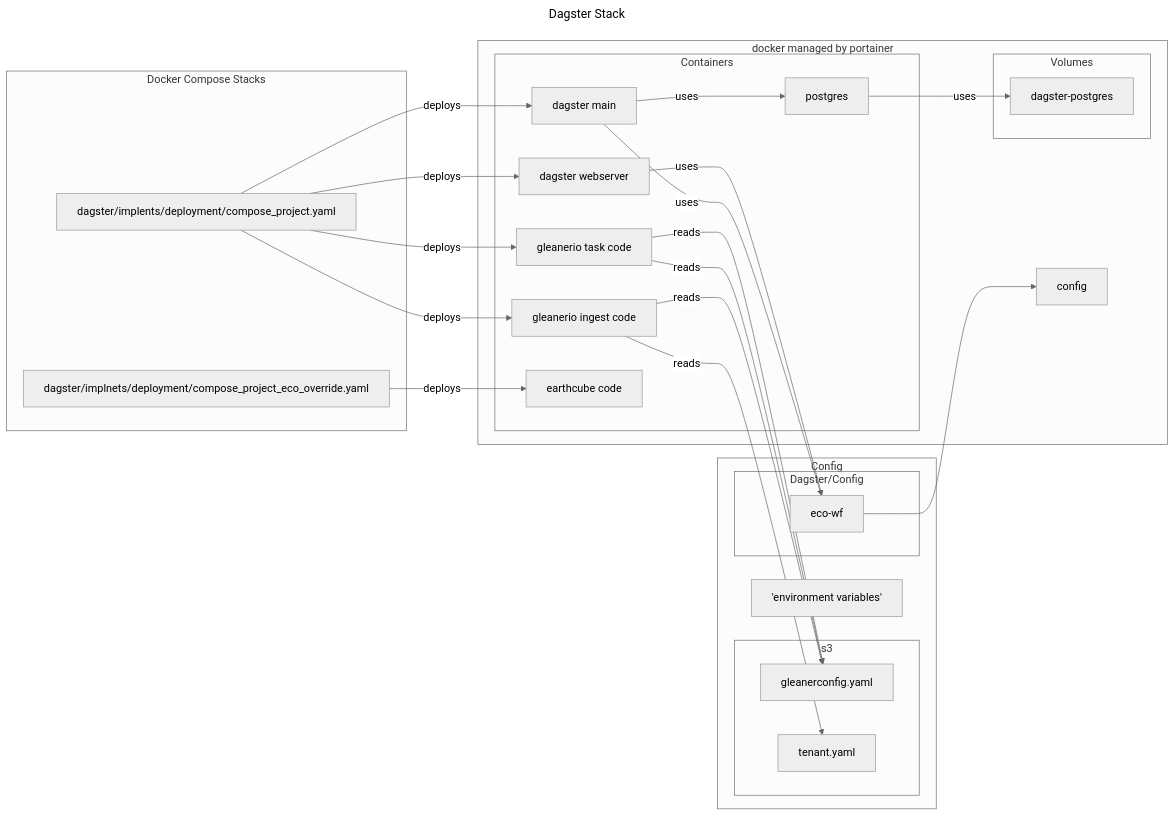
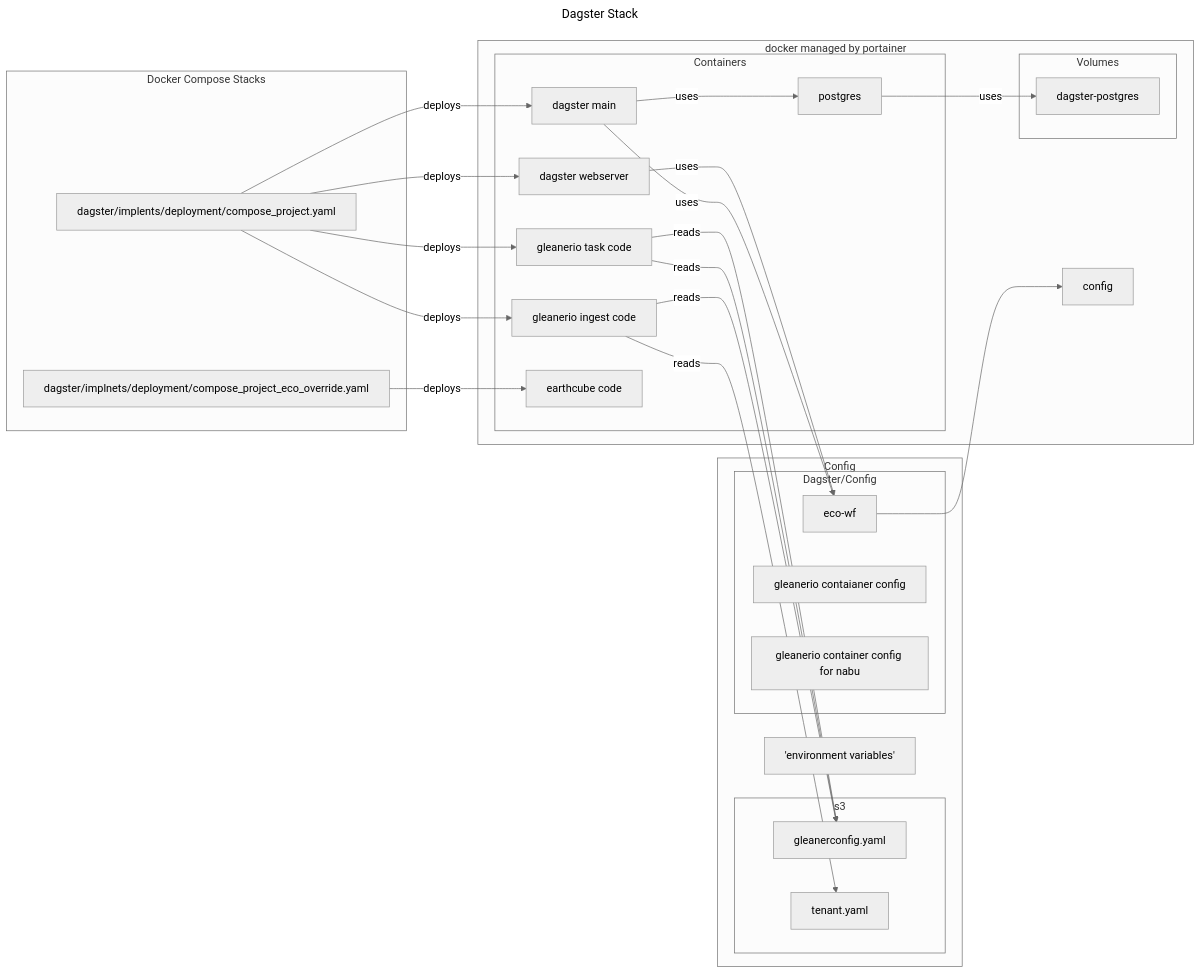
The first of 4 diagrams in docs/README.md (earthcube/scheduler), drawn with Mermaid (neutral theme) before and after one commit. The commit also changed other lines of this file and 2 other files, not shown here.

````diff
--- a/docs/README.md
+++ b/docs/README.md
@@ -48,53 +42,56 @@
 ```mermaid
 ---
 title: Dagster Stack
 ---
 flowchart LR
     subgraph DockerCompose[Docker Compose Stacks]
             maincompose[dagster/implents/deployment/compose_project.yaml]
             project_overrides[dagster/implnets/deployment/compose_project_eco_override.yaml]
     end
     
     subgraph Config
          subgraph s3
             gleanconfig[gleanerconfig.yaml]
             tenant[tenant.yaml]
+            
         end
         
         subgraph Dagster/Config
             workflow[ eco-wf ]
+            container-config-gleaner[gleanerio contaianer config]
+            container-config-nabu[gleanerio container config for nabu]
         end
         env['environment variables']
 
     end
     subgraph docker[docker managed by portainer]
     
         subgraph Containers
                 dagit
                 dagster
                 postgres
                 ingest
                 tasks
                 ecrr
         end
         config
         subgraph Volumes
             dagster-postgres
         end
     end
     postgres--uses-->dagster-postgres
     dagster--uses-->workflow
     dagit--uses-->workflow
     workflow-->config
     maincompose--deploys-->dagit[dagster webserver]
     maincompose--deploys-->dagster[dagster main]
     maincompose--deploys-->ingest[gleanerio ingest code]
     maincompose--deploys-->tasks[gleanerio task code]
     project_overrides--deploys-->ecrr[earthcube code]
     ingest--reads-->gleanconfig
     ingest--reads-->tenant
     tasks--reads-->gleanconfig
     tasks--reads-->gleanconfig
     dagster--uses-->postgres
     
 ```
````
